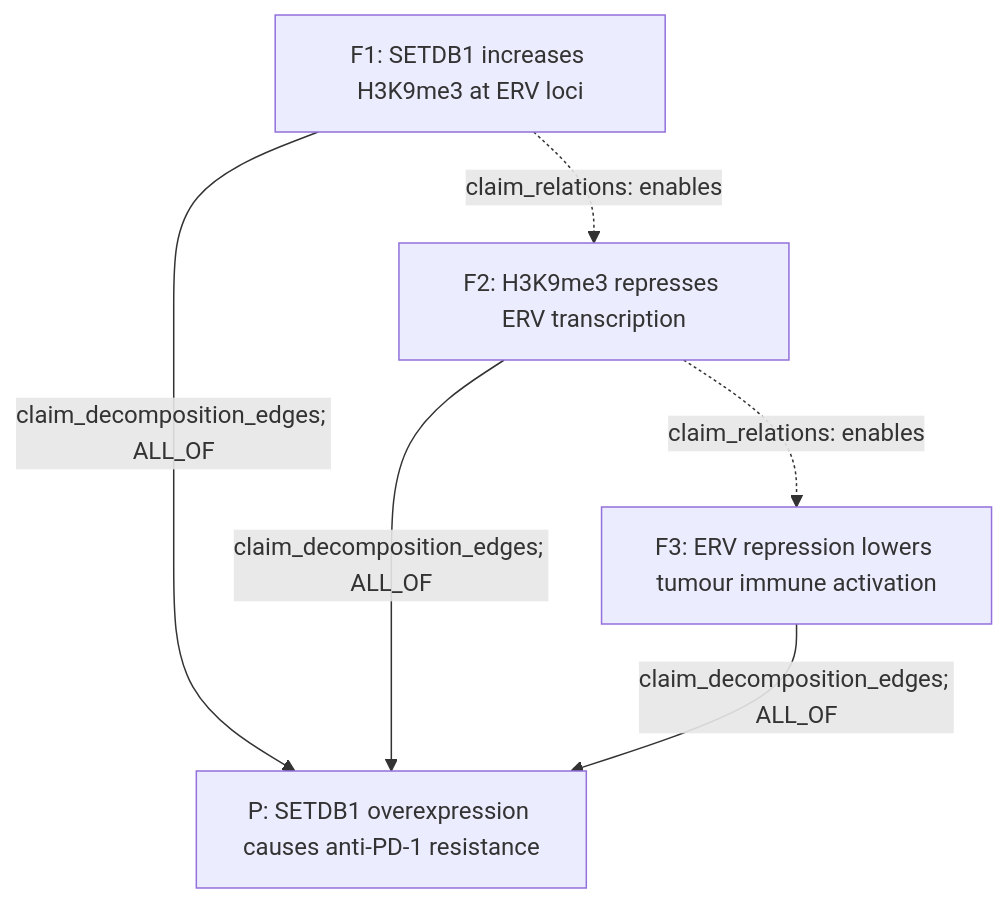
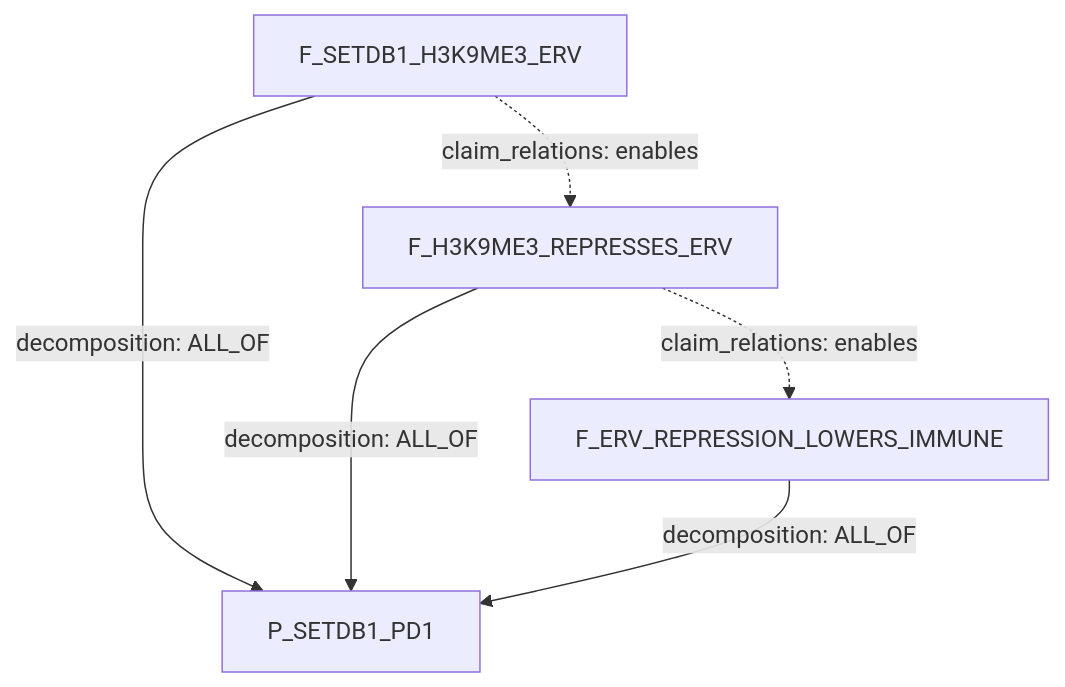
One commit to eliannaqk/bioKG changed the diagram in ingest/CLAIM_OBJECT_SIMPLE.md. Above: the diagram before and after it, drawn with Mermaid. The commit also changed other lines of this file and 5 other files, not shown here.

````diff
--- a/ingest/CLAIM_OBJECT_SIMPLE.md
+++ b/ingest/CLAIM_OBJECT_SIMPLE.md
@@ -50,14 +71,14 @@
 ```mermaid
 flowchart TD
-  F1["F1: SETDB1 increases H3K9me3 at ERV loci"]
-  F2["F2: H3K9me3 represses ERV transcription"]
-  F3["F3: ERV repression lowers tumour immune activation"]
-  P["P: SETDB1 overexpression causes anti-PD-1 resistance"]
+  F1["F_SETDB1_H3K9ME3_ERV"]
+  F2["F_H3K9ME3_REPRESSES_ERV"]
+  F3["F_ERV_REPRESSION_LOWERS_IMMUNE"]
+  P["P_SETDB1_PD1"]
 
-  F1 -- "claim_decomposition_edges; ALL_OF" --> P
-  F2 -- "claim_decomposition_edges; ALL_OF" --> P
-  F3 -- "claim_decomposition_edges; ALL_OF" --> P
+  F1 -- "decomposition: ALL_OF" --> P
+  F2 -- "decomposition: ALL_OF" --> P
+  F3 -- "decomposition: ALL_OF" --> P
 
   F1 -. "claim_relations: enables" .-> F2
   F2 -. "claim_relations: enables" .-> F3
 ```
````
